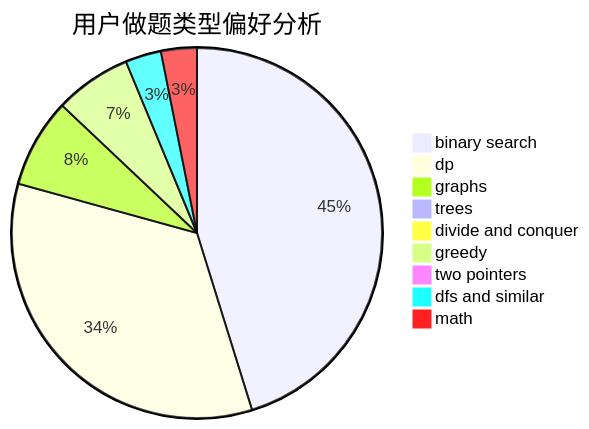
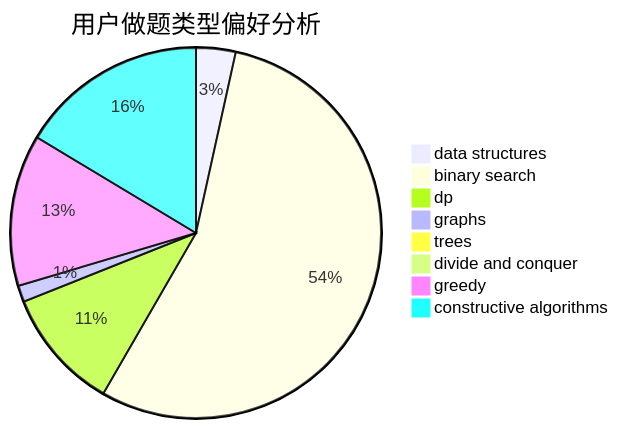
Before and after one commit to sherpahu/cfrs.github.io: the second of 3 diagrams in docs/user/u2004.md, drawn with Mermaid. The commit also changed other lines of this file and 2775 other files, not shown here.

````diff
--- a/docs/user/u2004.md
+++ b/docs/user/u2004.md
@@ -23,12 +23,11 @@
 ```mermaid
 pie title 用户做题类型偏好分析
-    "binary search" :  419
-    "dp" :  316
-    "graphs" :  72
-    "trees" :  9
+    "data structures" :  12
+    "binary search" :  191
+    "dp" :  37
+    "graphs" :  5
+    "trees" :  3
     "divide and conquer" :  0
-    "greedy" :  62
-    "two pointers" :  0
-    "dfs and similar" :  29
-    "math" :  29
+    "greedy" :  46
+    "constructive algorithms" :  57
 ```
````
